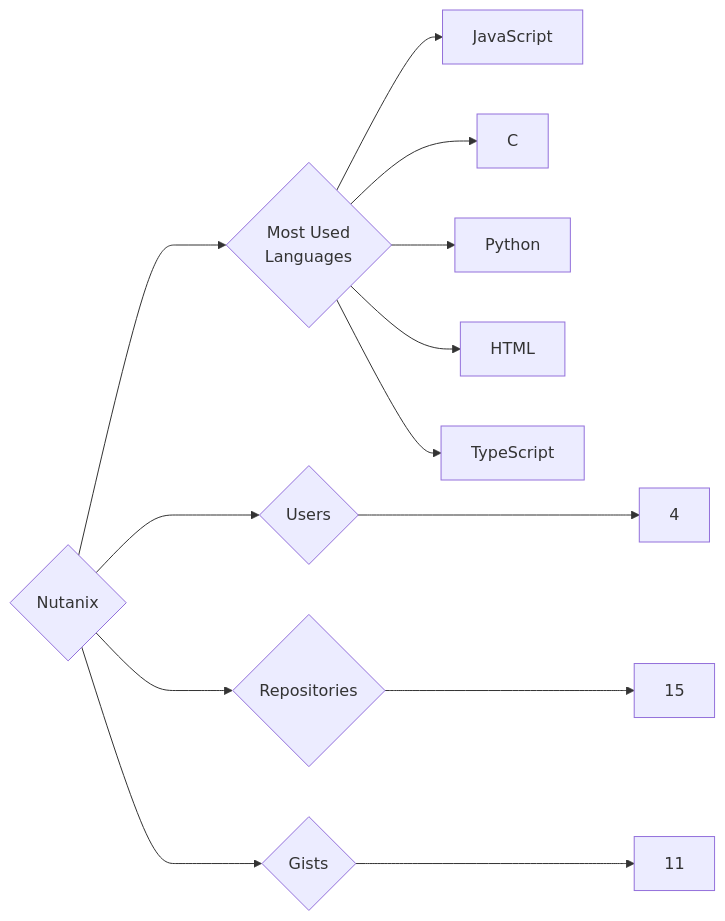
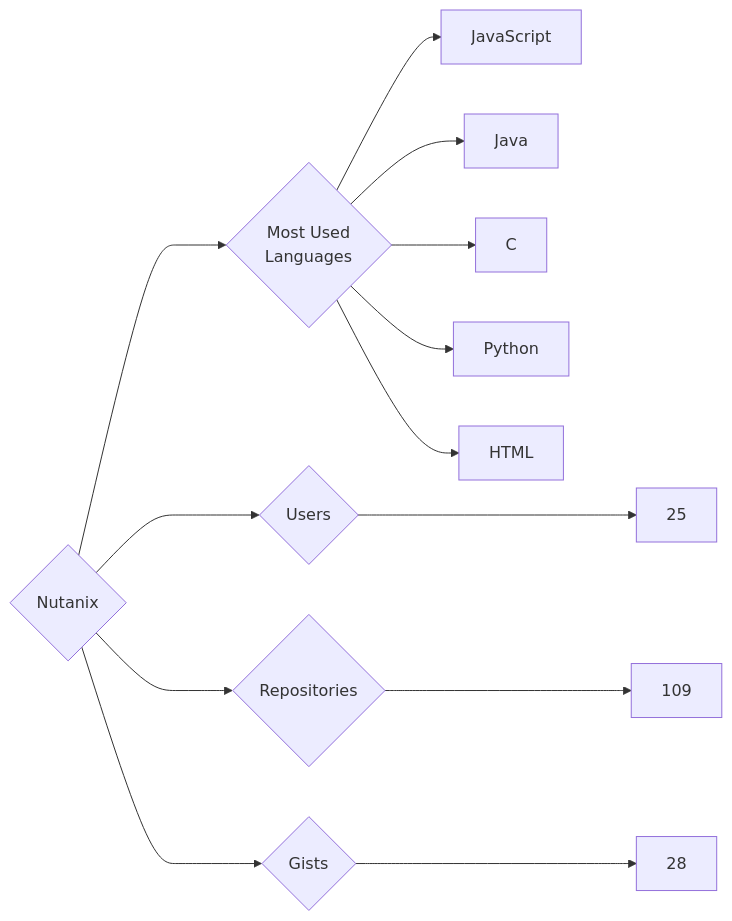
Before and after one commit to trickest/insiders: the diagram in targets/Nutanix/README.md, drawn with Mermaid. The commit also changed 829 other files, not shown here.

````diff
--- a/targets/Nutanix/README.md
+++ b/targets/Nutanix/README.md
@@ -3,13 +3,13 @@
 ```mermaid
 graph LR
 COMPANY_NAME{Nutanix}
-COMPANY_NAME ---> U{Users} ---> UN[4]
-COMPANY_NAME ---> R{Repositories} ---> RN[15]
-COMPANY_NAME ---> G{Gists} ---> GN[11]
+COMPANY_NAME ---> U{Users} ---> UN[25]
+COMPANY_NAME ---> R{Repositories} ---> RN[109]
+COMPANY_NAME ---> G{Gists} ---> GN[28]
 COMPANY_NAME ---> ML{Most Used<br>Languages}
 ML --> JavaScript[JavaScript]
+ML --> Java[Java]
 ML --> C[C]
 ML --> Python[Python]
 ML --> HTML[HTML]
-ML --> TypeScript[TypeScript]
 ```
````
